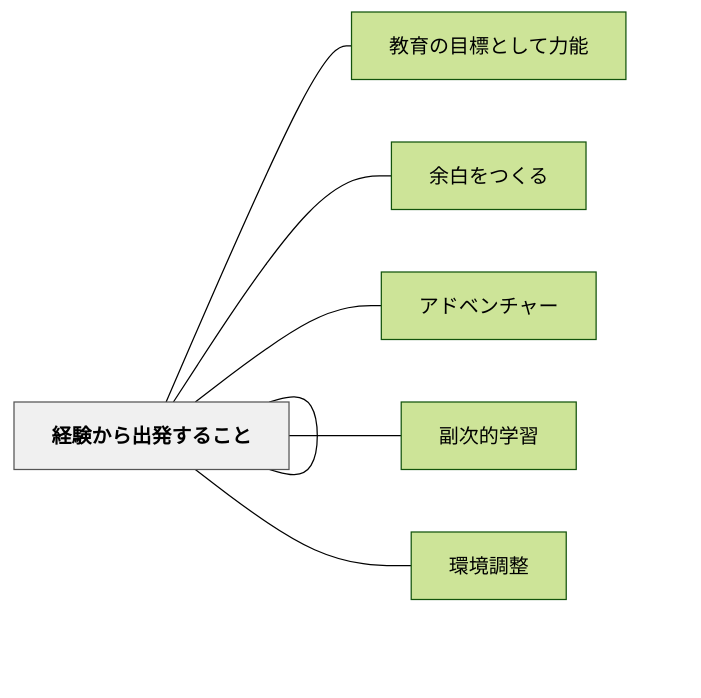
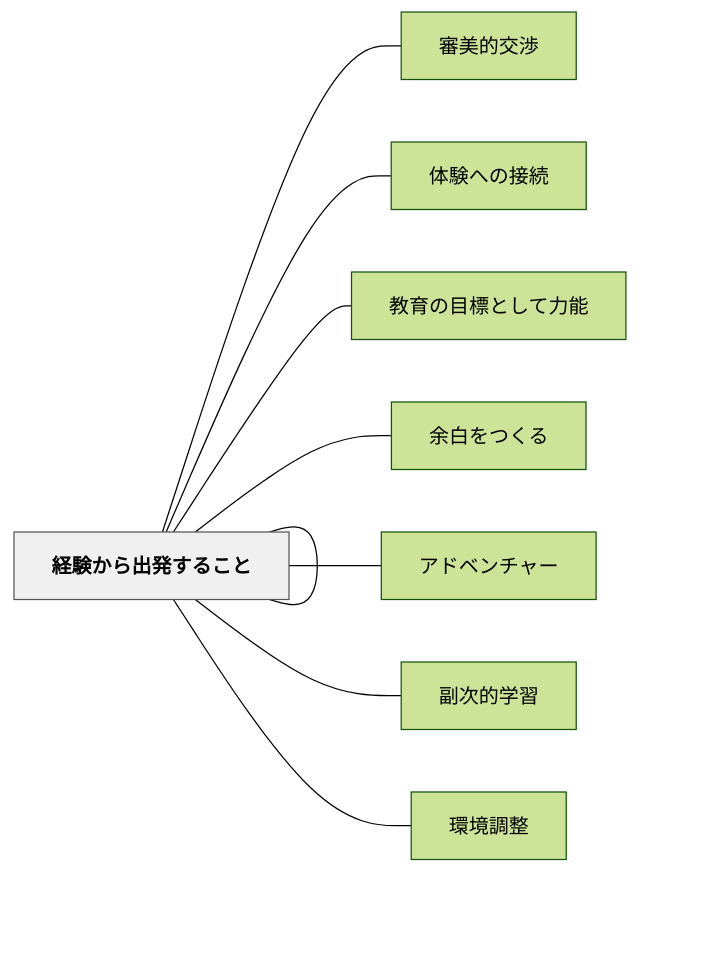
Before and after one commit to unknownthings-ed-patterns/unknownthings-ed-patterns: the diagram in content/パタン/経験の質を問う.md, drawn with Mermaid (forest theme). The commit also changed other lines of this file and 473 other files, not shown here.

````diff
--- a/content/パタン/経験の質を問う.md
+++ b/content/パタン/経験の質を問う.md
@@ -99,20 +101,24 @@
 ```mermaid
 flowchart LR
     ne7b58ce9a893["経験の質を問う"]
+    ne5afa9e7be8e["審美的交渉"]
+    ne4bd93e9a893["体験への接続"]
     ne7b58ce9a893["経験から出発すること"]
     ne69599e882b2["教育の目標として力能"]
     ne4bd99e799bd["余白をつくる"]
     ne382a2e38389["アドベンチャー"]
     ne589afe6aca1["副次的学習"]
     ne792b0e5a283["環境調整"]
 
+    ne7b58ce9a893 --- ne5afa9e7be8e
+    ne7b58ce9a893 --- ne4bd93e9a893
     ne7b58ce9a893 --- ne7b58ce9a893
     ne7b58ce9a893 --- ne69599e882b2
     ne7b58ce9a893 --- ne4bd99e799bd
     ne7b58ce9a893 --- ne382a2e38389
     ne7b58ce9a893 --- ne589afe6aca1
     ne7b58ce9a893 --- ne792b0e5a283
 
     classDef hub fill:#f0f0f0,stroke:#555,color:#000,font-weight:bold
     class ne7b58ce9a893 hub
 ```
````
